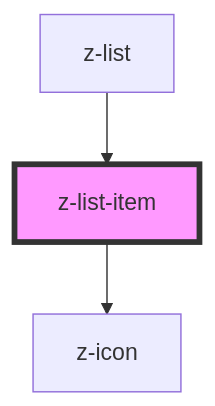
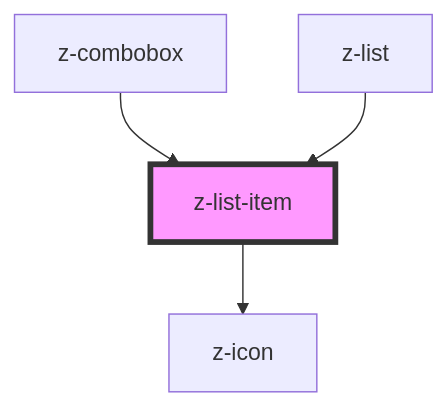
The diagram in web-components-library/src/components/z-list-item/readme.md (ZanichelliEditore/design-system), drawn with Mermaid before and after one commit. The commit also changed other lines of this file and 6 other files, not shown here.

````diff
--- a/web-components-library/src/components/z-list-item/readme.md
+++ b/web-components-library/src/components/z-list-item/readme.md
@@ -36,6 +37,7 @@
 ```mermaid
 graph TD;
   z-list-item --> z-icon
+  z-combobox --> z-list-item
   z-list --> z-list-item
   style z-list-item fill:#f9f,stroke:#333,stroke-width:4px
 ```
````
